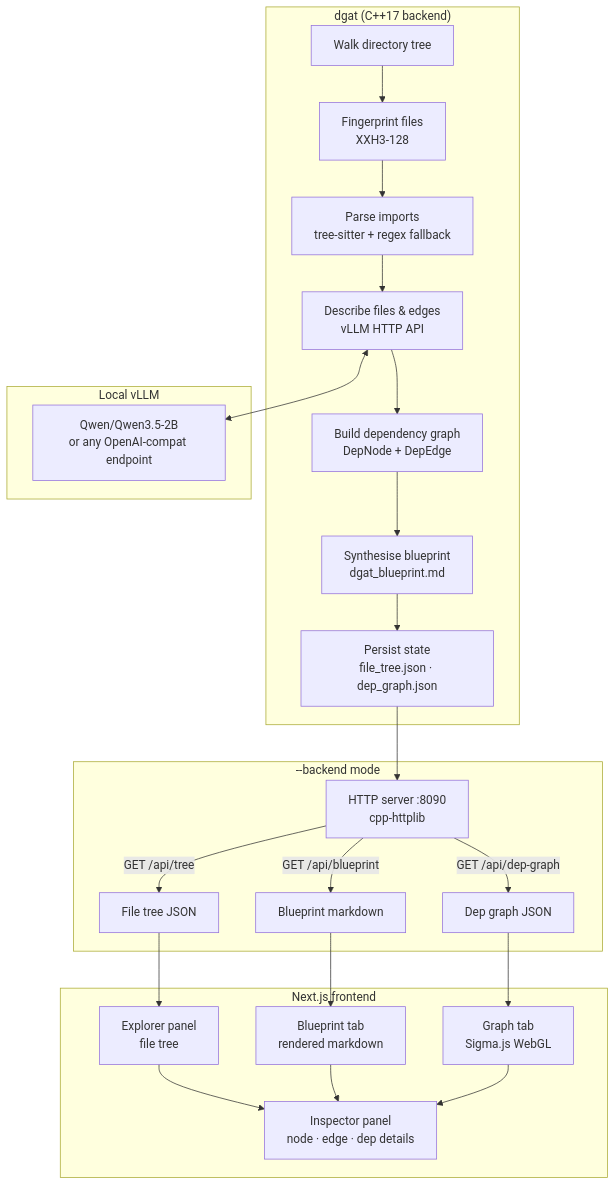
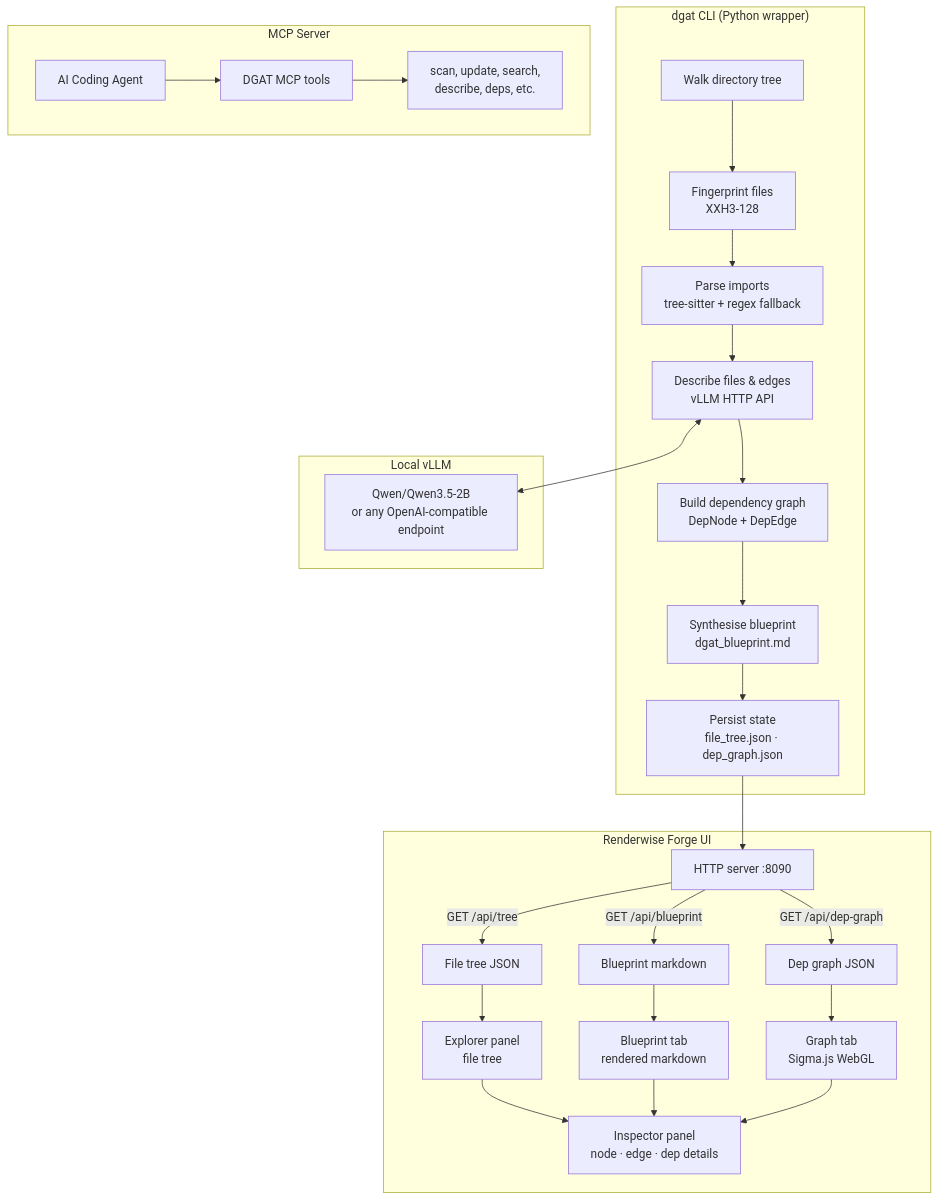
Before and after one commit to HyperKuvid-Labs/DGAT: the diagram in README.md, drawn with Mermaid. The commit also changed other lines of this file, not shown here.

Commit message:
feat: update README to reflect Python package installation and enhance CLI command details

````diff
--- a/README.md
+++ b/README.md
@@ -25,29 +109,31 @@
 ```mermaid
 flowchart TD
-    subgraph CLI ["dgat (C++17 backend)"]
+    subgraph CLI ["dgat CLI (Python wrapper)"]
         A[Walk directory tree] --> B[Fingerprint files\nXXH3-128]
         B --> C[Parse imports\ntree-sitter + regex fallback]
         C --> D[Describe files & edges\nvLLM HTTP API]
         D --> E[Build dependency graph\nDepNode + DepEdge]
         E --> F[Synthesise blueprint\ndgat_blueprint.md]
         F --> G[Persist state\nfile_tree.json · dep_graph.json]
     end
 
-    subgraph Server ["--backend mode"]
-        G --> H[HTTP server :8090\ncpp-httplib]
-        H --> |GET /api/tree| I[File tree JSON]
-        H --> |GET /api/dep-graph| J[Dep graph JSON]
-        H --> |GET /api/blueprint| K[Blueprint markdown]
+    subgraph MCP ["MCP Server"]
+        H[AI Coding Agent] --> I[DGAT MCP tools]
+        I --> J[scan, update, search,\ndescribe, deps, etc.]
     end
 
-    subgraph UI ["Next.js frontend"]
-        I --> L[Explorer panel\nfile tree]
-        K --> M[Blueprint tab\nrendered markdown]
-        J --> N[Graph tab\nSigma.js WebGL]
-        L & M & N --> O[Inspector panel\nnode · edge · dep details]
+    subgraph UI ["Renderwise Forge UI"]
+        G --> K[HTTP server :8090]
+        K --> |GET /api/tree| L[File tree JSON]
+        K --> |GET /api/dep-graph| M[Dep graph JSON]
+        K --> |GET /api/blueprint| N[Blueprint markdown]
+        L --> O[Explorer panel\nfile tree]
+        N --> P[Blueprint tab\nrendered markdown]
+        M --> Q[Graph tab\nSigma.js WebGL]
+        O & P & Q --> R[Inspector panel\nnode · edge · dep details]
     end
 
     subgraph LLM ["Local vLLM"]
-        D <--> P[Qwen/Qwen3.5-2B\nor any OpenAI-compat endpoint]
+        D <--> S[Qwen/Qwen3.5-2B\nor any OpenAI-compatible endpoint]
     end
 ```
````
